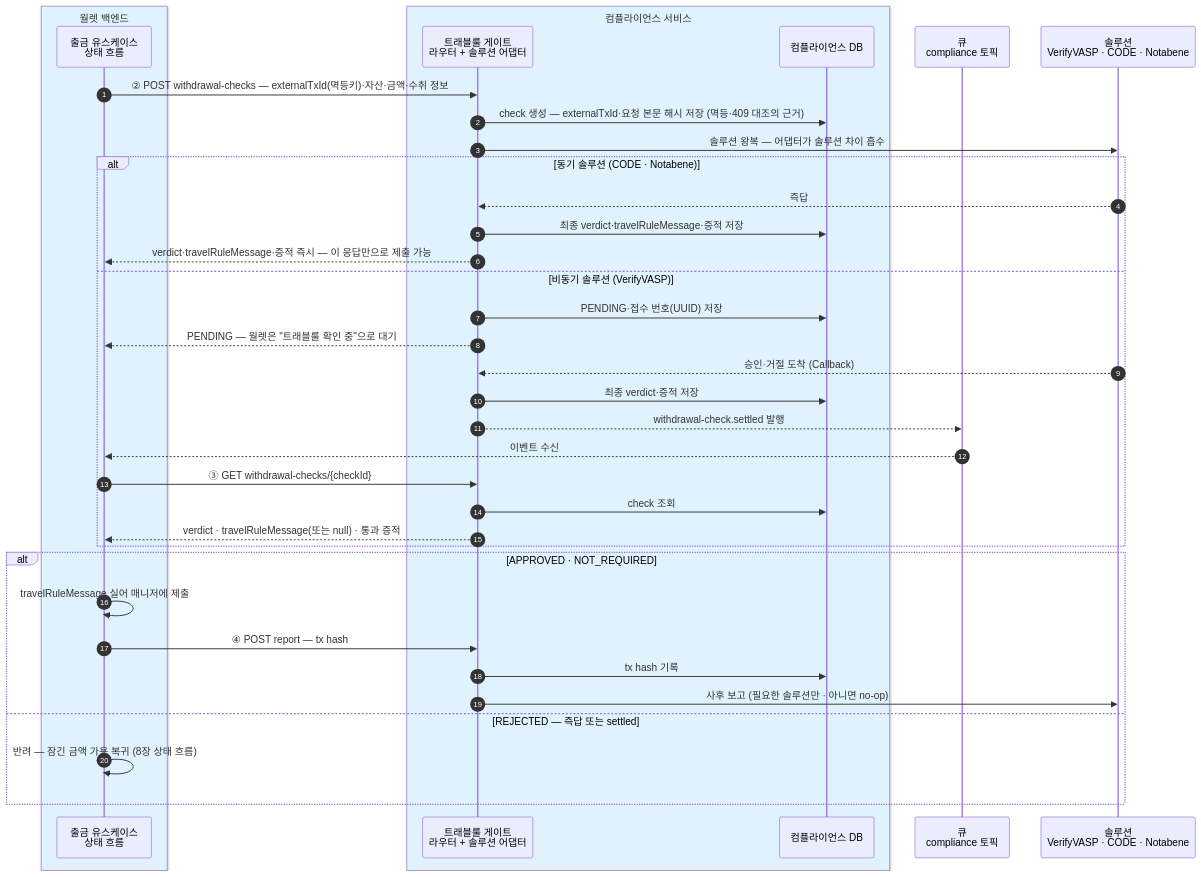
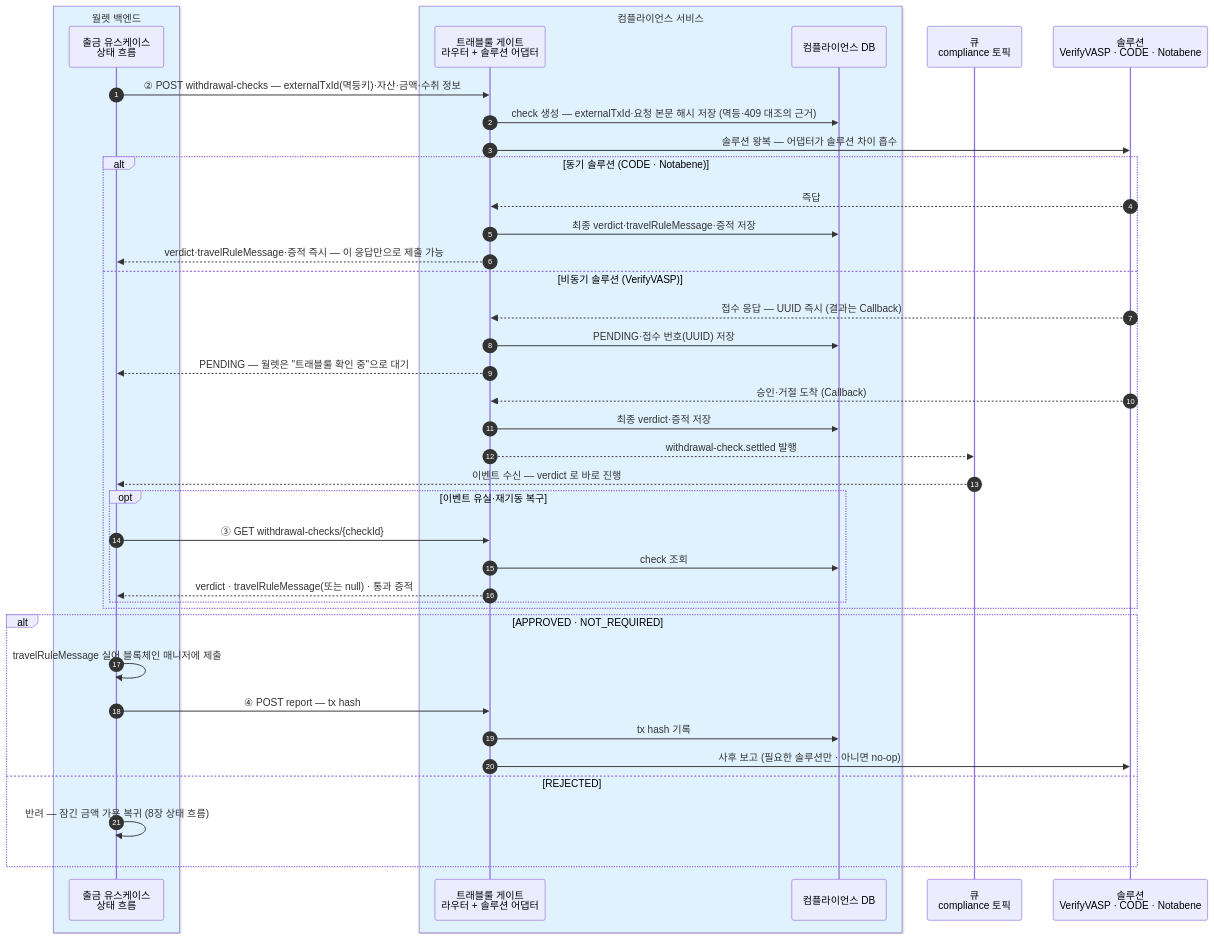
The third of 4 diagrams in blockchain-manager/docs/컴플라이언스/설계/01-interface.md (eunsujeo/eunpus), drawn with Mermaid before and after one commit. The commit also changed other lines of this file and 10 other files, not shown here.

````diff
--- a/blockchain-manager/docs/컴플라이언스/설계/01-interface.md
+++ b/blockchain-manager/docs/컴플라이언스/설계/01-interface.md
@@ -115,40 +106,43 @@
 ```mermaid
 sequenceDiagram
     autonumber
     box rgb(224,242,254) 월렛 백엔드
     participant BE as 출금 유스케이스<br/>상태 흐름
     end
     box rgb(224,242,254) 컴플라이언스 서비스
     participant CP as 트래블룰 게이트<br/>라우터 + 솔루션 어댑터
     participant DB as 컴플라이언스 DB
     end
     participant MQ as 큐<br/>compliance 토픽
     participant NET as 솔루션<br/>VerifyVASP · CODE · Notabene
 
     BE->>CP: ② POST withdrawal-checks — externalTxId(멱등키)·자산·금액·수취 정보
     CP->>DB: check 생성 — externalTxId·요청 본문 해시 저장 (멱등·409 대조의 근거)
     CP->>NET: 솔루션 왕복 — 어댑터가 솔루션 차이 흡수
     alt 동기 솔루션 (CODE · Notabene)
         NET-->>CP: 즉답
         CP->>DB: 최종 verdict·travelRuleMessage·증적 저장
         CP-->>BE: verdict·travelRuleMessage·증적 즉시 — 이 응답만으로 제출 가능
     else 비동기 솔루션 (VerifyVASP)
+        NET-->>CP: 접수 응답 — UUID 즉시 (결과는 Callback)
         CP->>DB: PENDING·접수 번호(UUID) 저장
         CP-->>BE: PENDING — 월렛은 "트래블룰 확인 중"으로 대기
         NET-->>CP: 승인·거절 도착 (Callback)
         CP->>DB: 최종 verdict·증적 저장
         CP-->>MQ: withdrawal-check.settled 발행
-        MQ-->>BE: 이벤트 수신
-        BE->>CP: ③ GET withdrawal-checks/{checkId}
-        CP->>DB: check 조회
-        CP-->>BE: verdict · travelRuleMessage(또는 null) · 통과 증적
+        MQ-->>BE: 이벤트 수신 — verdict 로 바로 진행
+        opt 이벤트 유실·재기동 복구
+            BE->>CP: ③ GET withdrawal-checks/{checkId}
+            CP->>DB: check 조회
+            CP-->>BE: verdict · travelRuleMessage(또는 null) · 통과 증적
+        end
     end
     alt APPROVED · NOT_REQUIRED
-        BE->>BE: travelRuleMessage 실어 매니저에 제출
+        BE->>BE: travelRuleMessage 실어 블록체인 매니저에 제출
         BE->>CP: ④ POST report — tx hash
         CP->>DB: tx hash 기록
         CP->>NET: 사후 보고 (필요한 솔루션만 · 아니면 no-op)
-    else REJECTED — 즉답 또는 settled
+    else REJECTED
         BE->>BE: 반려 — 잠긴 금액 가용 복귀 (8장 상태 흐름)
     end
 ```
````
